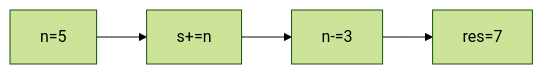
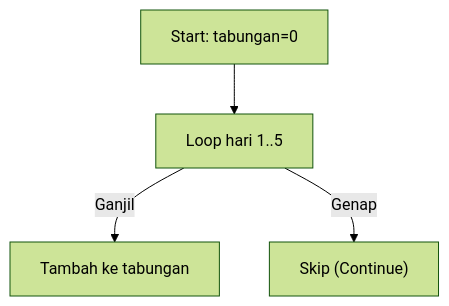
The sixth of 25 diagrams in part-c-pemahaman-cpp/03-perulangan/latihan/set-10.md (amnahwaida/OSNK_INF_PREP), drawn with Mermaid (forest theme) before and after one commit. The commit also changed other lines of this file and 71 other files, not shown here.

````diff
--- a/part-c-pemahaman-cpp/03-perulangan/latihan/set-10.md
+++ b/part-c-pemahaman-cpp/03-perulangan/latihan/set-10.md
@@ -156,6 +184,6 @@
 ```mermaid
-graph LR
-A["n=5"] --> B["s+=n"]
-B --> C["n-=3"]
-C --> D["res=7"]
+graph TD
+A["Start: tabungan=0"] --> B["Loop hari 1..5"]
+B -- Ganjil --> C["Tambah ke tabungan"]
+B -- Genap --> D["Skip (Continue)"]
 ```
````
